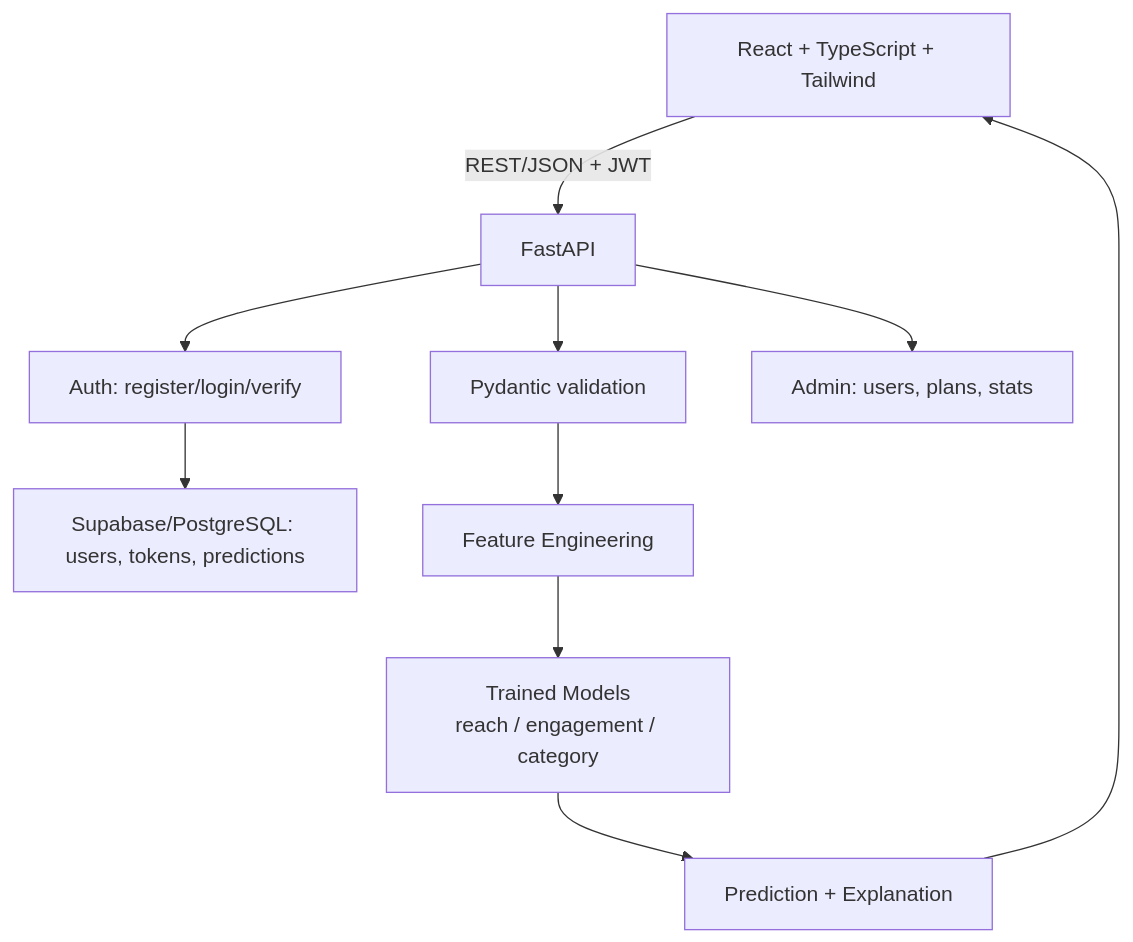
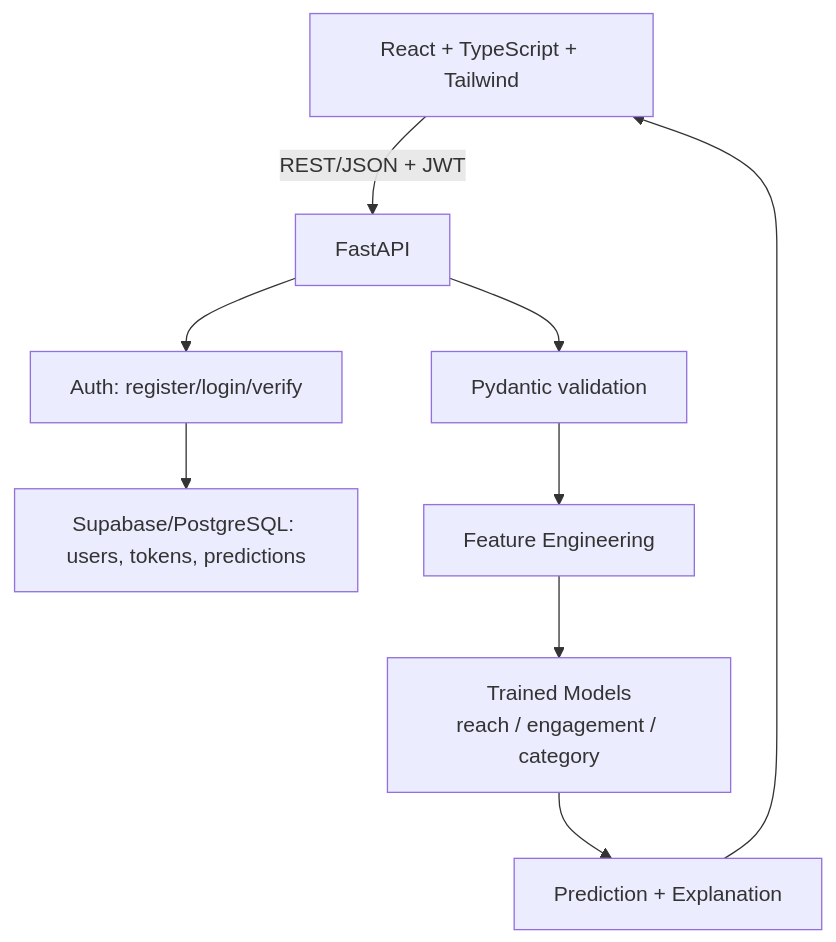
One commit to ganeswarikuramdasu/PostPulse changed the diagram in README.md. Above: the diagram before and after it, drawn with Mermaid. The commit also changed other lines of this file and 15 other files, not shown here.

````diff
--- a/README.md
+++ b/README.md
@@ -64,12 +64,11 @@
 ```mermaid
 flowchart TD
     A[React + TypeScript + Tailwind] -->|REST/JSON + JWT| B[FastAPI]
     B --> C[Auth: register/login/verify]
     C --> D[Supabase/PostgreSQL: users, tokens, predictions]
     B --> E[Pydantic validation]
     E --> F[Feature Engineering]
     F --> G[Trained Models<br/>reach / engagement / category]
     G --> H[Prediction + Explanation]
     H --> A
-    B --> I[Admin: users, plans, stats]
 ```
````
